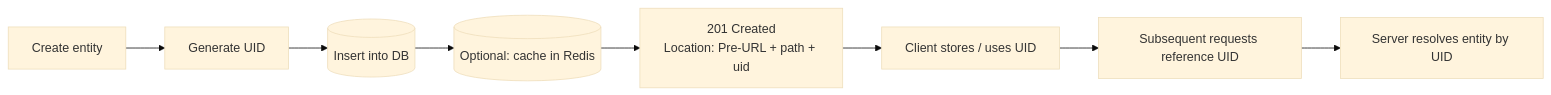
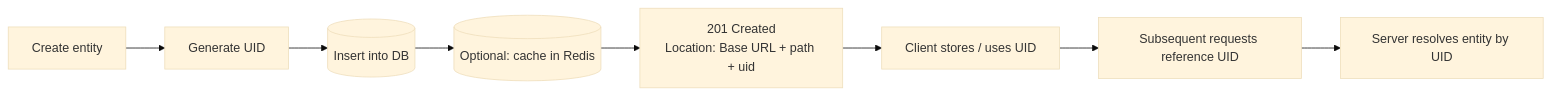
Before and after one commit to RohanYadav1812/system-design: diagram 16 of 17 in HLD/HLD-LLD-Complete-Document.md, drawn with Mermaid (base theme). The commit also changed other lines of this file, not shown here.

Commit message:
Document pre-signed URLs, S3/Azure Blob usage, and Base URL distinction in HLD/LLD doc

````diff
--- a/HLD/HLD-LLD-Complete-Document.md
+++ b/HLD/HLD-LLD-Complete-Document.md
@@ -714,10 +882,10 @@
 ```mermaid
 flowchart LR
     A[Create entity] --> B[Generate UID]
     B --> C[(Insert into DB)]
     C --> D[(Optional: cache in Redis)]
-    D --> E["201 Created<br/>Location: Pre-URL + path + uid"]
+    D --> E["201 Created<br/>Location: Base URL + path + uid"]
     E --> F[Client stores / uses UID]
     F --> G[Subsequent requests reference UID]
     G --> H[Server resolves entity by UID]
 ```
````
